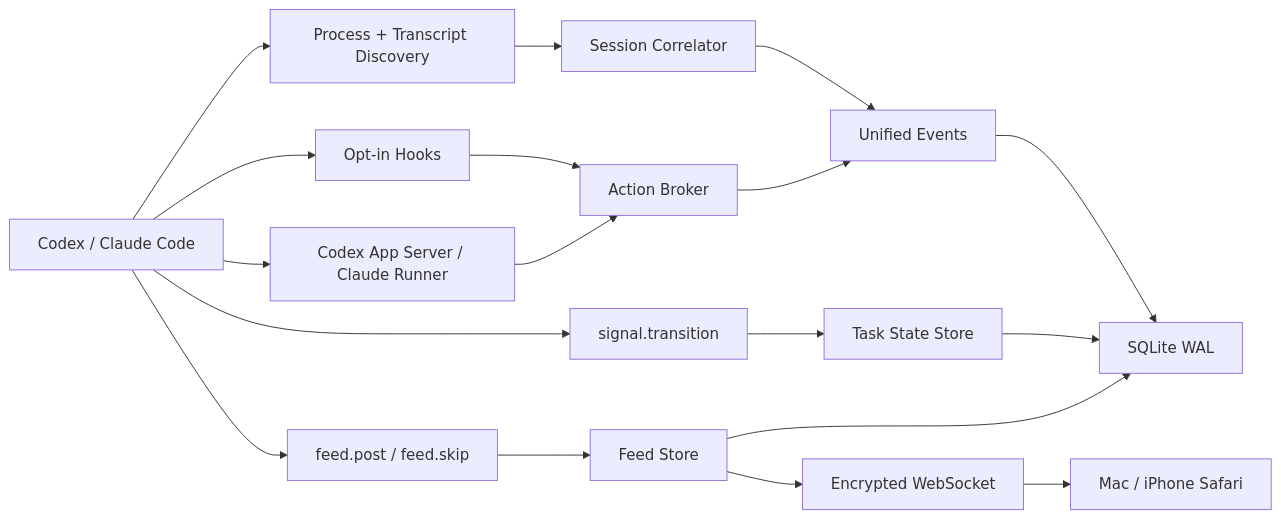
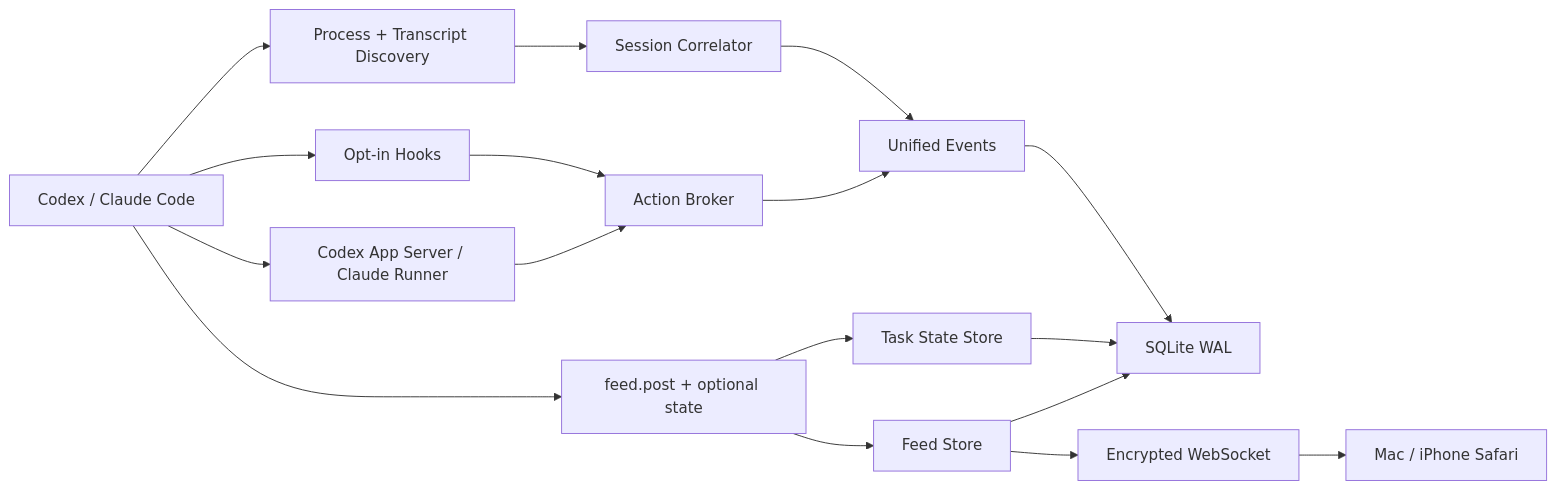
The diagram in docs/ARCHITECTURE.md (rsgok/zimlo), drawn with Mermaid before and after one commit. The commit also changed other lines of this file and 65 other files, not shown here.

````diff
--- a/docs/ARCHITECTURE.md
+++ b/docs/ARCHITECTURE.md
@@ -32,20 +32,19 @@
 ```mermaid
 flowchart LR
   A["Codex / Claude Code"] --> B["Process + Transcript Discovery"]
   A --> C["Opt-in Hooks"]
   A --> D["Codex App Server / Claude Runner"]
   B --> E["Session Correlator"]
   C --> F["Action Broker"]
   D --> F
   E --> G["Unified Events"]
   F --> G
   G --> I["SQLite WAL"]
-  A --> S["signal.transition"]
-  S --> H["Task State Store"]
-  A --> P["feed.post / feed.skip"]
+  A --> P["feed.post + optional state"]
+  P --> H["Task State Store"]
   P --> Q["Feed Store"]
   H --> I["SQLite WAL"]
   Q --> I
   Q --> J["Encrypted WebSocket"]
   J --> K["Mac / iPhone Safari"]
 ```
````
